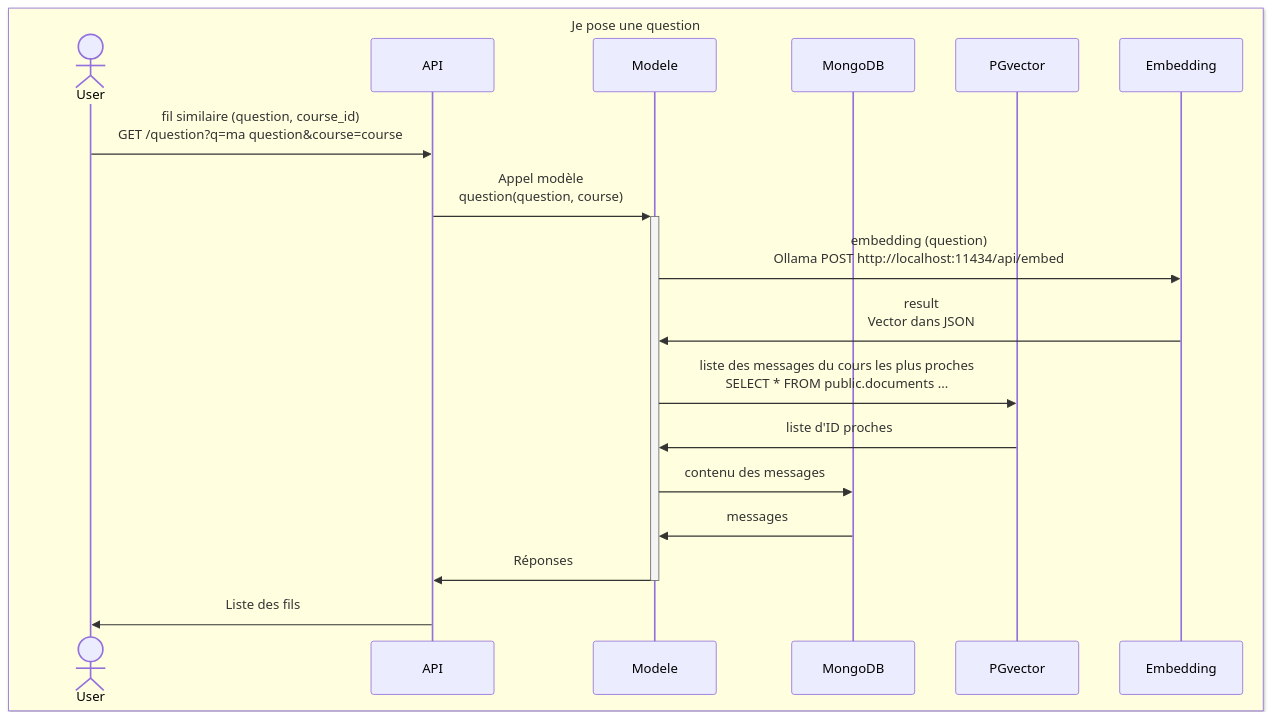
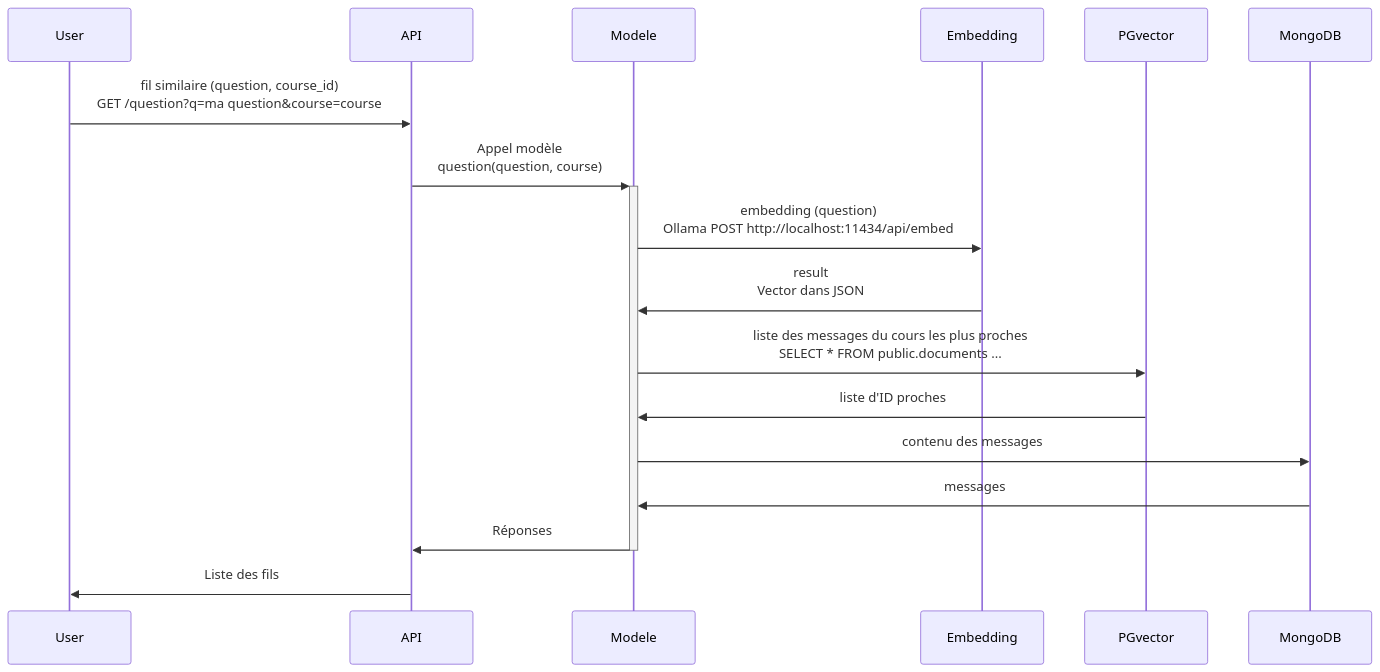
The third of 3 diagrams in README.md (data-IA-2024/p4mooc), drawn with Mermaid before and after one commit. The commit also changed 6 other files, not shown here.

````diff
--- a/README.md
+++ b/README.md
@@ -169,24 +169,15 @@
 ```mermaid
 %% Example of sequence diagram
   sequenceDiagram
-
-    box lightyellow Je pose une question
-        actor User
-        participant API
-        participant Modele
-        participant MongoDB
-        participant PGvector
-        participant Embedding
-    end
 
     User->>API : fil similaire (question, course_id) <br>GET /question?q=ma question&course=course
     API->>+Modele : Appel modèle <br>question(question, course)
     Modele->>Embedding : embedding (question)<br>Ollama POST http://localhost:11434/api/embed
     Embedding->>Modele : result<br>Vector dans JSON
     Modele->>PGvector : liste des messages du cours les plus proches<br>SELECT * FROM public.documents ...
     PGvector->>Modele : liste d'ID proches
     Modele->>MongoDB : contenu des messages
     MongoDB->>Modele : messages
     Modele->>-API : Réponses
     API->>User : Liste des fils 
 ```
````
